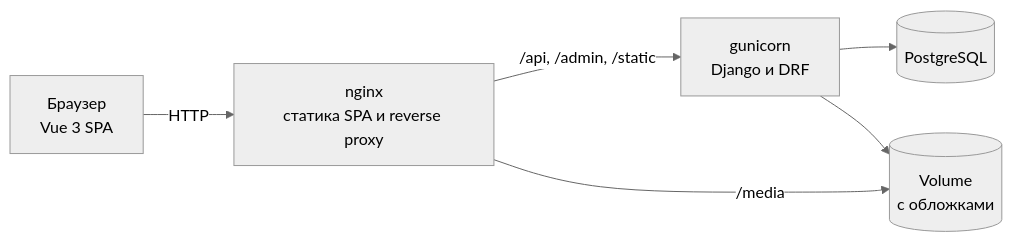
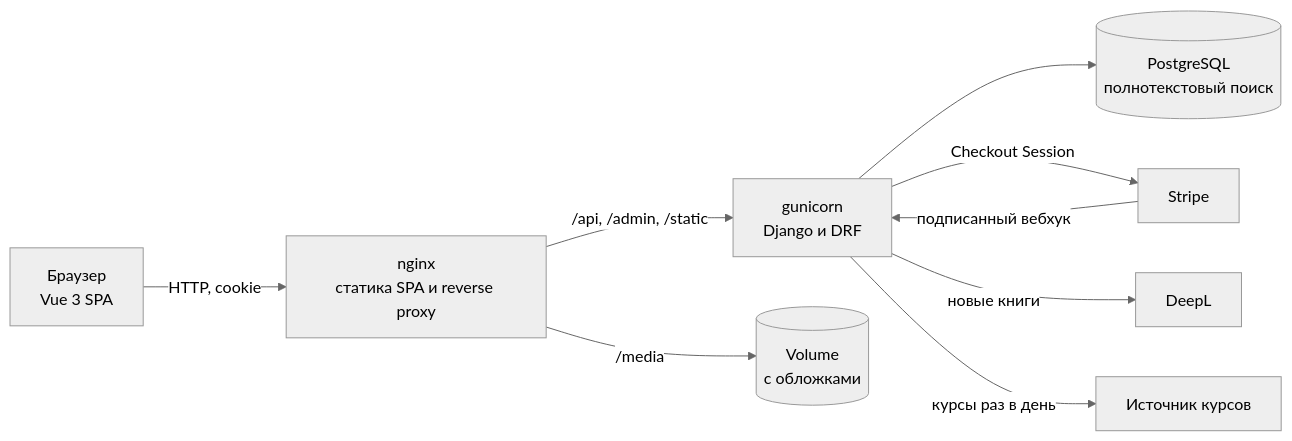
One commit to DogNellaf/verso-bookshop changed the diagram in README.ru.md. Above: the diagram before and after it, drawn with Mermaid (neutral theme). The commit also changed other lines of this file and 3 other files, not shown here.

````diff
--- a/README.ru.md
+++ b/README.ru.md
@@ -132,8 +160,11 @@
 ```mermaid
 flowchart LR
-    U[Браузер<br/>Vue 3 SPA] -->|HTTP| N[nginx<br/>статика SPA и reverse proxy]
+    U[Браузер<br/>Vue 3 SPA] -->|HTTP, cookie| N[nginx<br/>статика SPA и reverse proxy]
     N -->|/api, /admin, /static| G[gunicorn<br/>Django и DRF]
     N -->|/media| M[(Volume<br/>с обложками)]
-    G --> P[(PostgreSQL)]
-    G --> M
+    G --> P[(PostgreSQL<br/>полнотекстовый поиск)]
+    G -->|Checkout Session| S[Stripe]
+    S -->|подписанный вебхук| G
+    G -->|новые книги| D[DeepL]
+    G -->|курсы раз в день| R[Источник курсов]
 ```
````
